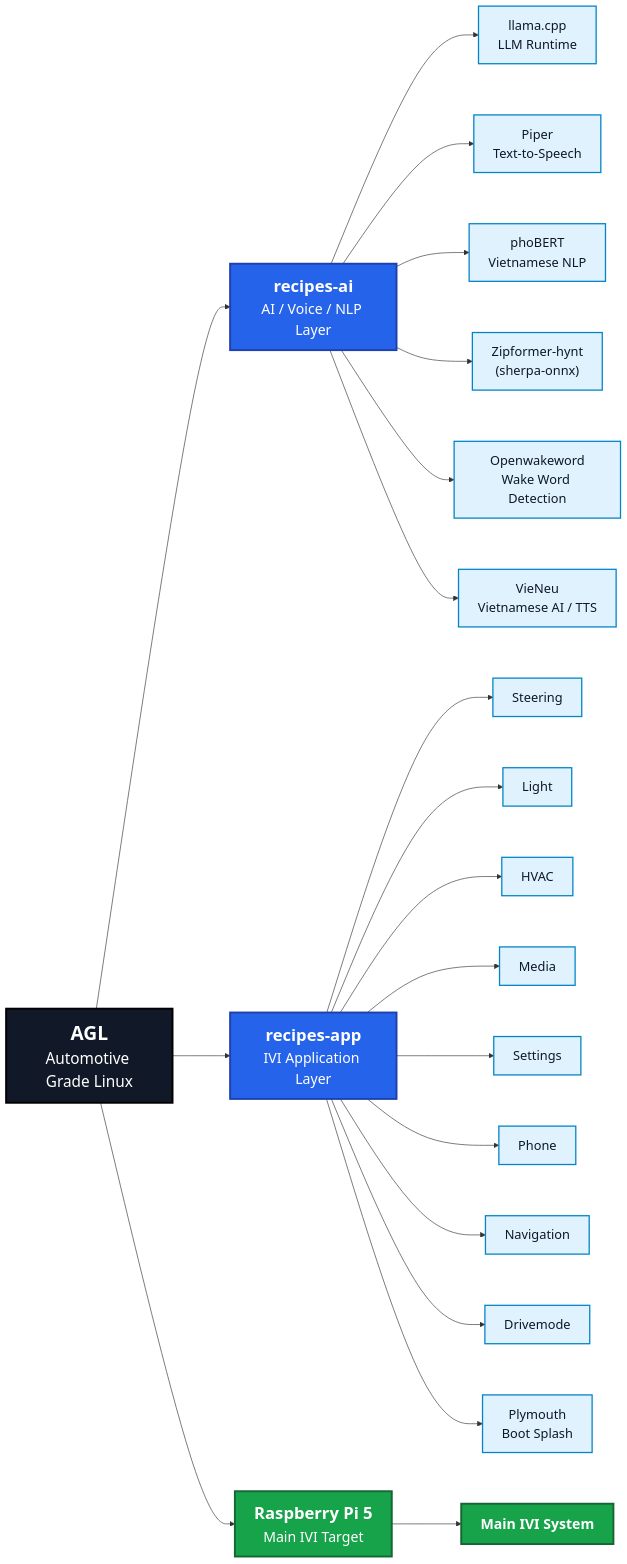
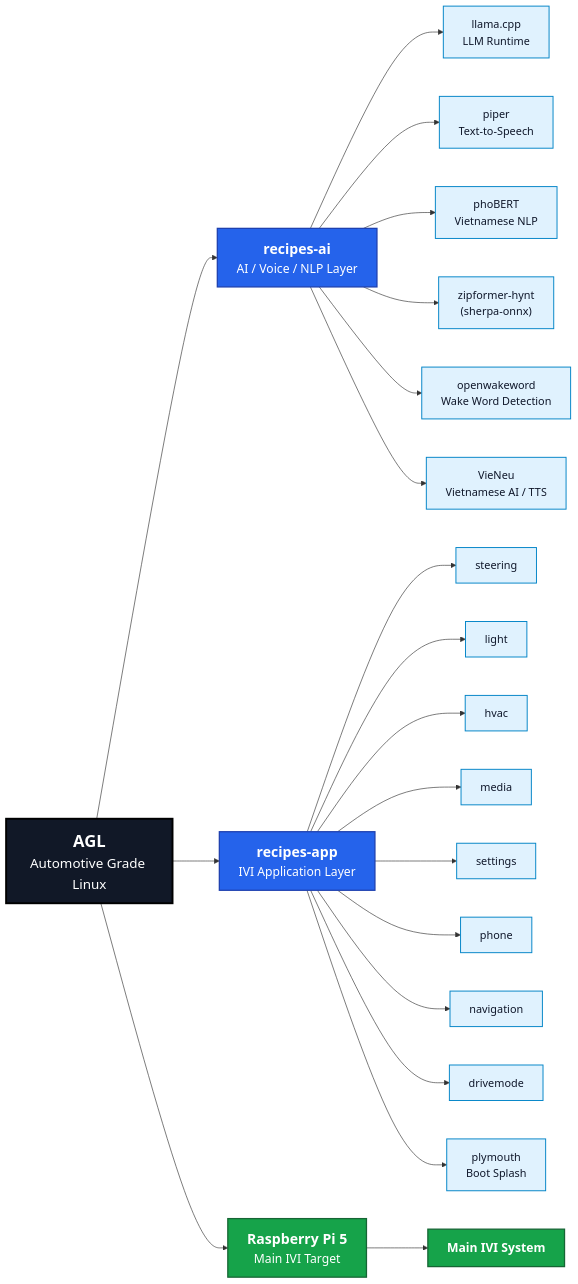
One commit to hnam-nesg/AGL changed the diagram in README.md. Above: the diagram before and after it, drawn with Mermaid.

````diff
--- a/README.md
+++ b/README.md
@@ -35,50 +35,50 @@
 ```mermaid
 %%{init: {
   "flowchart": {
     "htmlLabels": true,
-    "nodeSpacing": 80,
-    "rankSpacing": 90,
+    "nodeSpacing": 60,
+    "rankSpacing": 70,
     "curve": "basis"
   },
   "themeVariables": {
-    "fontSize": "16px",
+    "fontSize": "18px",
     "fontFamily": "Arial"
   }
 }}%%
 
 flowchart LR
-    AGL["<b style='font-size:30px'>AGL</b><br/><span style='font-size:20px'>Automotive Grade Linux</span>"]
+    AGL["<b style='font-size:26px'>AGL</b><br/><span style='font-size:17px'>Automotive Grade Linux</span>"]
 
-    AGL --> AI["<b style='font-size:26px'>recipes-ai</b><br/><span style='font-size:18px'>AI / Voice / NLP Layer</span>"]
-    AGL --> APP["<b style='font-size:26px'>recipes-app</b><br/><span style='font-size:18px'>IVI Application Layer</span>"]
-    AGL --> RPI["<b style='font-size:26px'>Raspberry Pi 5</b><br/><span style='font-size:18px'>Main IVI Target</span>"]
+    AGL --> AI["<b style='font-size:22px'>recipes-ai</b><br/><span style='font-size:16px'>AI / Voice / NLP Layer</span>"]
+    AGL --> APP["<b style='font-size:22px'>recipes-app</b><br/><span style='font-size:16px'>IVI Application Layer</span>"]
+    AGL --> RPI["<b style='font-size:22px'>Raspberry Pi 5</b><br/><span style='font-size:16px'>Main IVI Target</span>"]
 
     AI --> LLAMA["llama.cpp<br/>LLM Runtime"]
-    AI --> PIPER["Piper<br/>Text-to-Speech"]
+    AI --> PIPER["piper<br/>Text-to-Speech"]
     AI --> PHOBERT["phoBERT<br/>Vietnamese NLP"]
-    AI --> ZIP["Zipformer-hynt<br/>(sherpa-onnx)"]
-    AI --> WAKE["Openwakeword<br/>Wake Word Detection"]
+    AI --> ZIP["zipformer-hynt<br/>(sherpa-onnx)"]
+    AI --> WAKE["openwakeword<br/>Wake Word Detection"]
     AI --> VIENEU["VieNeu<br/>Vietnamese AI / TTS"]
 
-    APP --> STEERING["Steering"]
-    APP --> LIGHT["Light"]
-    APP --> HVAC["HVAC"]
-    APP --> MEDIA["Media"]
-    APP --> SETTINGS["Settings"]
-    APP --> PHONE["Phone"]
-    APP --> NAV["Navigation"]
-    APP --> DRIVEMODE["Drivemode"]
-    APP --> PLYMOUTH["Plymouth<br/>Boot Splash"]
+    APP --> STEERING["steering"]
+    APP --> LIGHT["light"]
+    APP --> HVAC["hvac"]
+    APP --> MEDIA["media"]
+    APP --> SETTINGS["settings"]
+    APP --> PHONE["phone"]
+    APP --> NAV["navigation"]
+    APP --> DRIVEMODE["drivemode"]
+    APP --> PLYMOUTH["plymouth<br/>Boot Splash"]
 
     RPI --> MAIN["<b>Main IVI System</b>"]
 
-    classDef root fill:#111827,color:#ffffff,stroke:#000000,stroke-width:3px,font-size:24px;
-    classDef group fill:#2563eb,color:#ffffff,stroke:#1e40af,stroke-width:3px,font-size:22px;
-    classDef item fill:#e0f2fe,color:#0f172a,stroke:#0284c7,stroke-width:2px,font-size:20px;
-    classDef target fill:#16a34a,color:#ffffff,stroke:#166534,stroke-width:3px,font-size:22px;
+    classDef root fill:#111827,color:#ffffff,stroke:#000000,stroke-width:3px,font-size:21px;
+    classDef group fill:#2563eb,color:#ffffff,stroke:#1e40af,stroke-width:2px,font-size:19px;
+    classDef item fill:#e0f2fe,color:#0f172a,stroke:#0284c7,stroke-width:1.5px,font-size:17px;
+    classDef target fill:#16a34a,color:#ffffff,stroke:#166534,stroke-width:2px,font-size:19px;
 
     class AGL root;
     class AI,APP group;
     class LLAMA,PIPER,PHOBERT,ZIP,WAKE,VIENEU,STEERING,LIGHT,HVAC,MEDIA,SETTINGS,PHONE,NAV,DRIVEMODE,PLYMOUTH item;
     class RPI,MAIN target;
 ```
````
